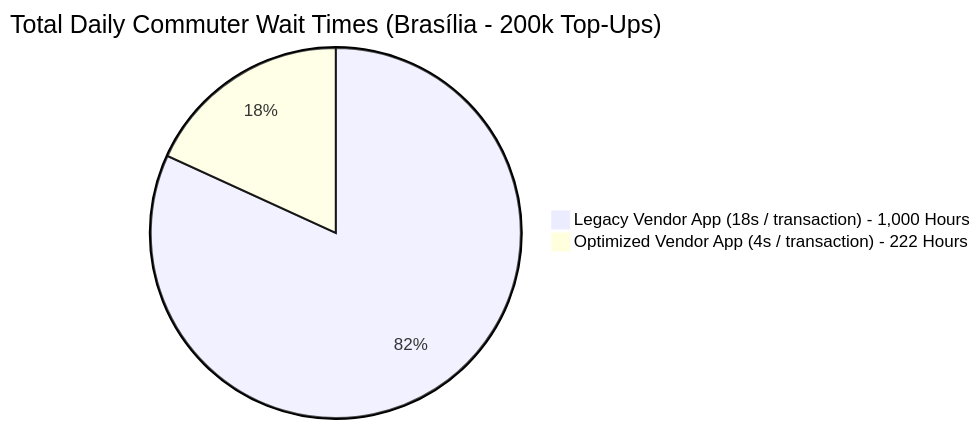
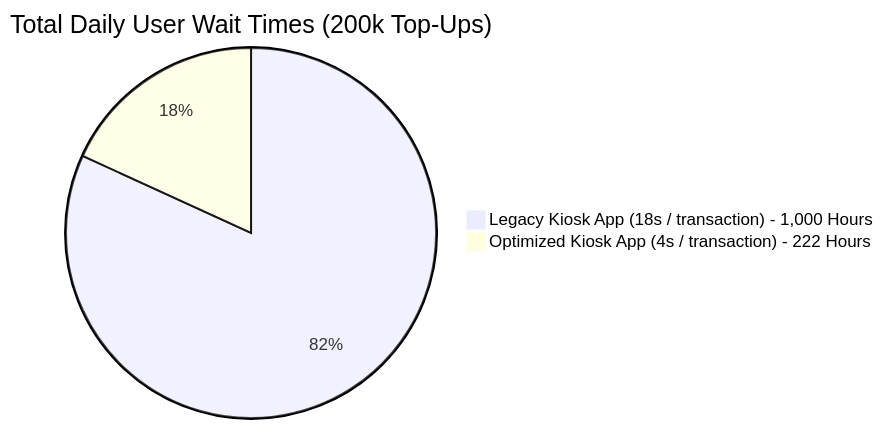
The first of 2 diagrams in README.md (dan-oliveiraa/nfc_reading_writing_improvement), drawn with Mermaid before and after one commit. The commit also changed other lines of this file, not shown here.

````diff
--- a/README.md
+++ b/README.md
@@ -39,5 +39,5 @@
 ```mermaid
-pie title Total Daily Commuter Wait Times (Brasília - 200k Top-Ups)
-    "Legacy Vendor App (18s / transaction) - 1,000 Hours" : 1000
-    "Optimized Vendor App (4s / transaction) - 222 Hours" : 222
+pie title Total Daily User Wait Times (200k Top-Ups)
+    "Legacy Kiosk App (18s / transaction) - 1,000 Hours" : 1000
+    "Optimized Kiosk App (4s / transaction) - 222 Hours" : 222
 ```
````
